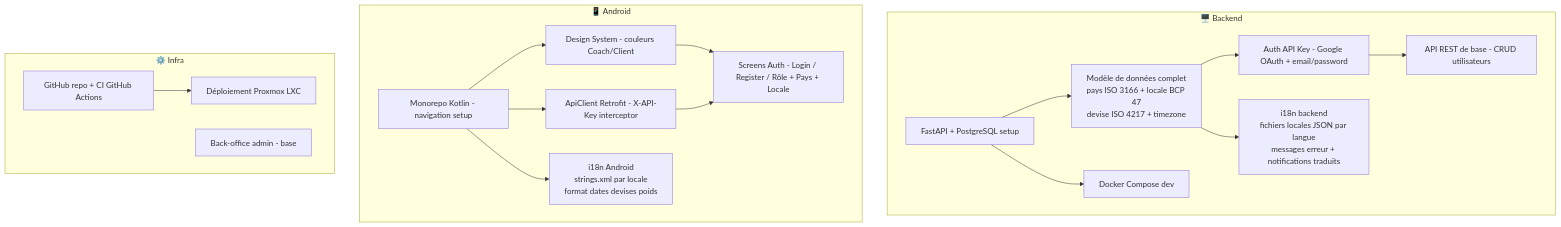
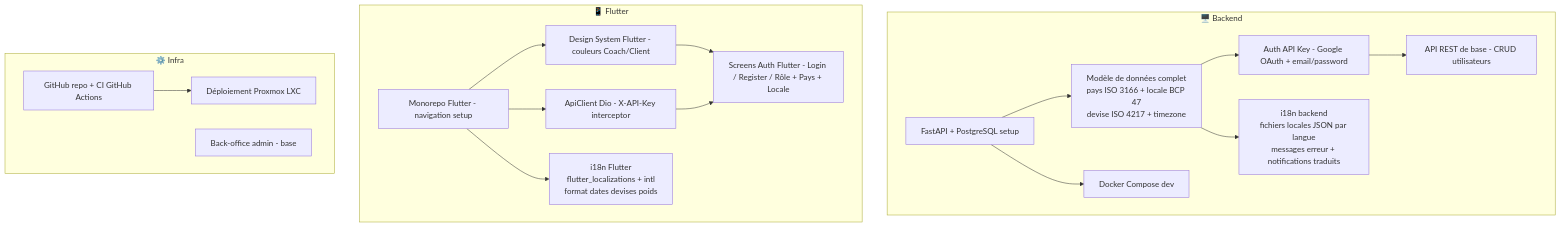
Before and after one commit to gaelgael5/mycoach: the second of 8 diagrams in docs/DEV_ROADMAP.md, drawn with Mermaid. The commit also changed other lines of this file and 81 other files, not shown here.

First line of the commit message:
feat: Flutter multi-platform frontend (Android + iOS + Web)

````diff
--- a/docs/DEV_ROADMAP.md
+++ b/docs/DEV_ROADMAP.md
@@ -54,32 +54,32 @@
 ```mermaid
 flowchart TD
     subgraph BACK["🖥️ Backend"]
         B1[FastAPI + PostgreSQL setup]
         B2[Modèle de données complet\npays ISO 3166 + locale BCP 47\ndevise ISO 4217 + timezone]
         B3[Auth API Key - Google OAuth + email/password]
         B4[API REST de base - CRUD utilisateurs]
         B5[Docker Compose dev]
         B6[i18n backend\nfichiers locales JSON par langue\nmessages erreur + notifications traduits]
         B1 --> B2 --> B3 --> B4
         B1 --> B5
         B2 --> B6
     end
 
-    subgraph ANDROID["📱 Android"]
-        A1[Monorepo Kotlin - navigation setup]
-        A2[Design System - couleurs Coach/Client]
-        A3[ApiClient Retrofit - X-API-Key interceptor]
-        A4[Screens Auth - Login / Register / Rôle + Pays + Locale]
-        A5[i18n Android\nstrings.xml par locale\nformat dates devises poids]
+    subgraph FLUTTER["📱 Flutter"]
+        A1[Monorepo Flutter - navigation setup]
+        A2[Design System Flutter - couleurs Coach/Client]
+        A3[ApiClient Dio - X-API-Key interceptor]
+        A4[Screens Auth Flutter - Login / Register / Rôle + Pays + Locale]
+        A5[i18n Flutter\nflutter_localizations + intl\nformat dates devises poids]
         A1 --> A2 --> A4
         A1 --> A3 --> A4
         A1 --> A5
     end
 
     subgraph INFRA["⚙️ Infra"]
         I1[GitHub repo + CI GitHub Actions]
         I2[Déploiement Proxmox LXC]
         I3[Back-office admin - base]
         I1 --> I2
     end
 ```
````
